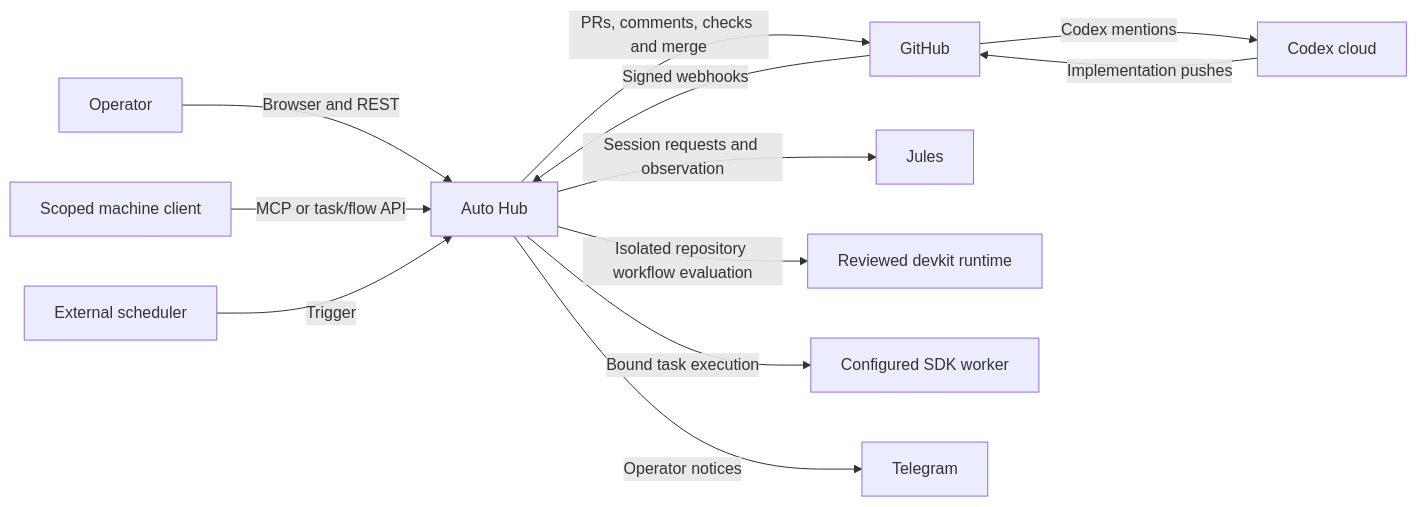
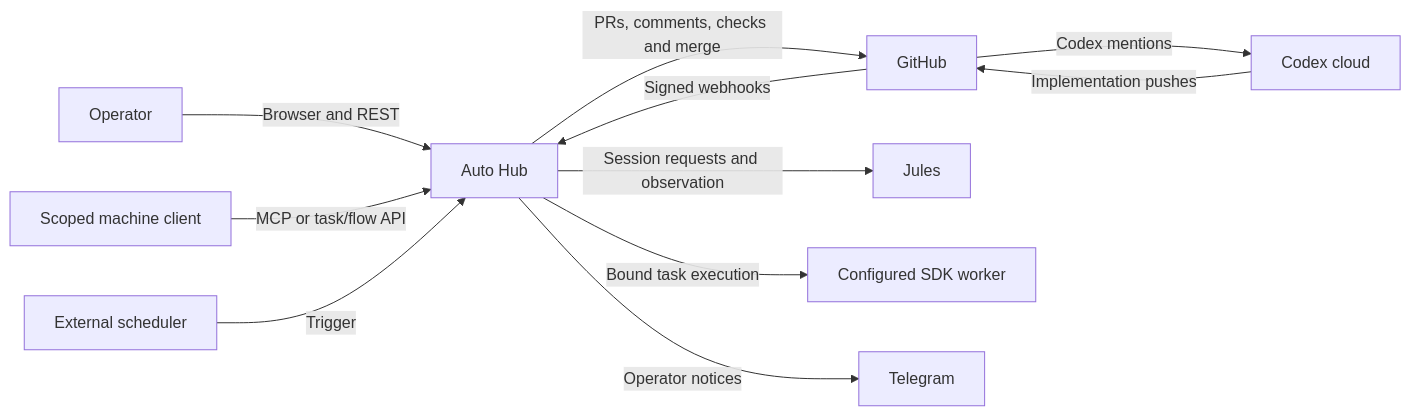
The diagram in docs/architecture/ARCH-03-system-context.md (mjkimR/autohub), drawn with Mermaid before and after one commit. The commit also changed other lines of this file and 13 other files, not shown here.

````diff
--- a/docs/architecture/ARCH-03-system-context.md
+++ b/docs/architecture/ARCH-03-system-context.md
@@ -16,14 +16,13 @@
 ```mermaid
 flowchart LR
     Operator[Operator] -->|Browser and REST| Hub[Auto Hub]
     Machine[Scoped machine client] -->|MCP or task/flow API| Hub
     Tick[External scheduler] -->|Trigger| Hub
     Hub -->|PRs, comments, checks and merge| GitHub[GitHub]
     GitHub -->|Signed webhooks| Hub
     Hub -->|Session requests and observation| Jules[Jules]
     GitHub -->|Codex mentions| Codex[Codex cloud]
     Codex -->|Implementation pushes| GitHub
-    Hub -->|Isolated repository workflow evaluation| Devkit[Reviewed devkit runtime]
     Hub -->|Bound task execution| Worker[Configured SDK worker]
     Hub -->|Operator notices| Telegram[Telegram]
 ```
````
